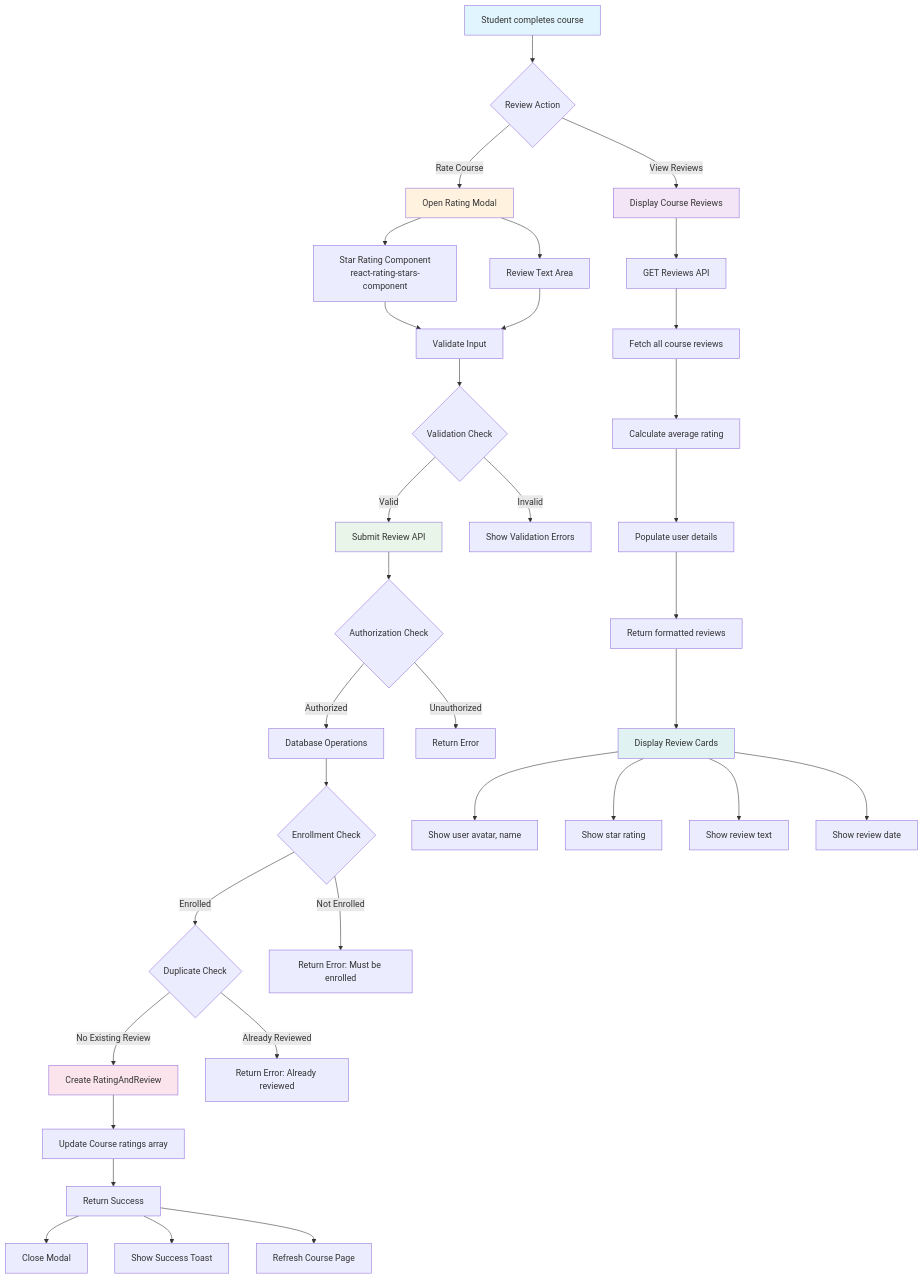
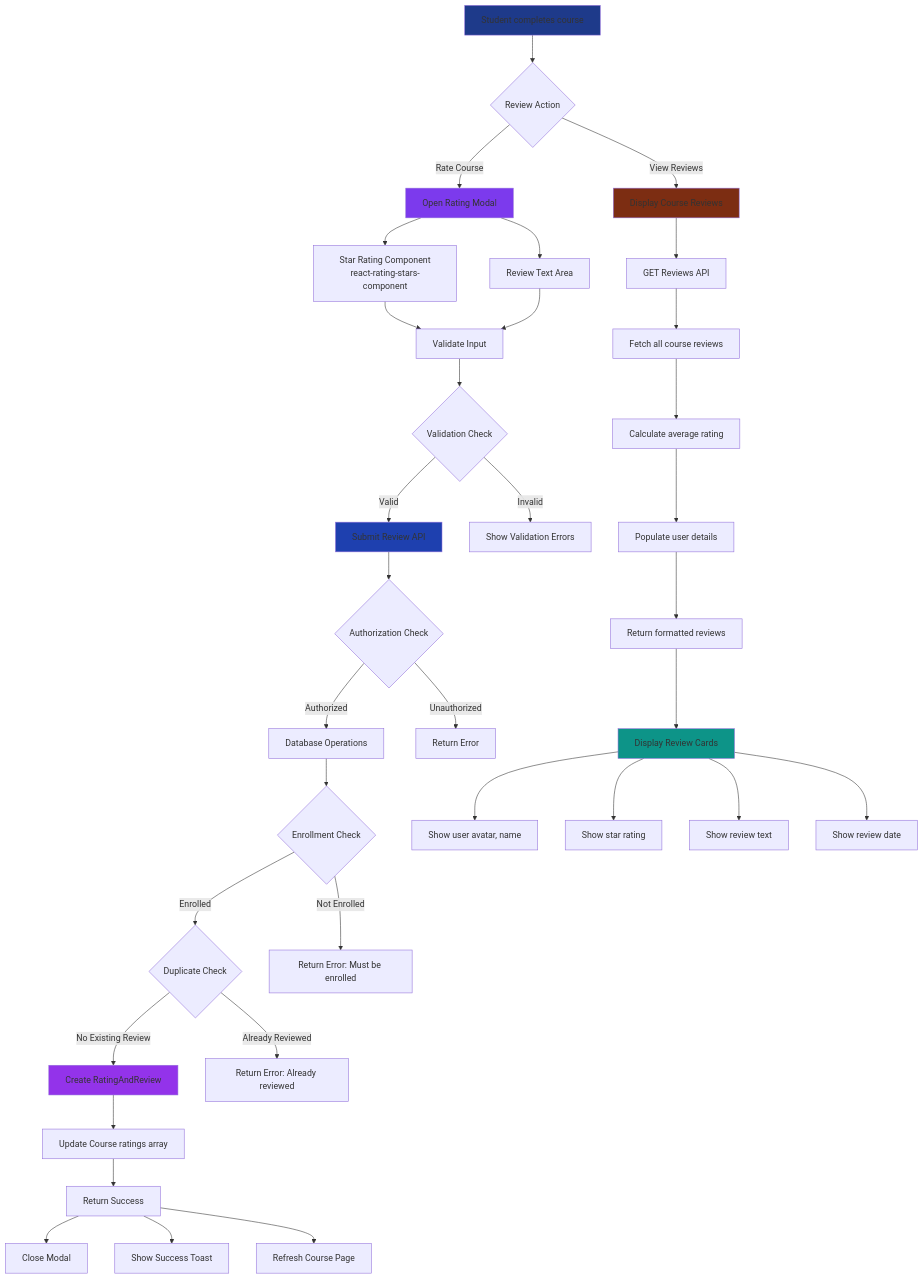
Before and after one commit to vedantsrivastavaCN/SkillVerse: diagram 14 of 15 in FLOW diagrams.md, drawn with Mermaid. The commit also changed other lines of this file, not shown here.

Commit message:
flow diagrams color scheme changed

````diff
--- a/FLOW diagrams.md
+++ b/FLOW diagrams.md
@@ -930,54 +930,54 @@
 ```mermaid
 flowchart TD
     A[Student completes course] --> B{Review Action}
     
     B -->|Rate Course| C[Open Rating Modal]
     B -->|View Reviews| D[Display Course Reviews]
     
     C --> E[Star Rating Component<br/>react-rating-stars-component]
     C --> F[Review Text Area]
     
     E --> G[Validate Input]
     F --> G
     
     G --> H{Validation Check}
     H -->|Valid| I[Submit Review API]
     H -->|Invalid| J[Show Validation Errors]
     
     I --> K{Authorization Check}
     K -->|Authorized| L[Database Operations]
     K -->|Unauthorized| M[Return Error]
     
     L --> N{Enrollment Check}
     N -->|Enrolled| O{Duplicate Check}
     N -->|Not Enrolled| P[Return Error: Must be enrolled]
     
     O -->|No Existing Review| Q[Create RatingAndReview]
     O -->|Already Reviewed| R[Return Error: Already reviewed]
     
     Q --> S[Update Course ratings array]
     S --> T[Return Success]
     
     D --> U[GET Reviews API]
     U --> V[Fetch all course reviews]
     V --> W[Calculate average rating]
     W --> X[Populate user details]
     X --> Y[Return formatted reviews]
     
     Y --> Z[Display Review Cards]
     Z --> AA[Show user avatar, name]
     Z --> BB[Show star rating]
     Z --> CC[Show review text]
     Z --> DD[Show review date]
     
     T --> EE[Close Modal]
     T --> FF[Show Success Toast]
     T --> GG[Refresh Course Page]
     
-    style A fill:#e1f5fe
-    style C fill:#fff3e0
-    style I fill:#e8f5e8
-    style Q fill:#fce4ec
-    style D fill:#f3e5f5
-    style Z fill:#e0f2f1
+    style A fill:#1e3a8a
+    style C fill:#7c3aed
+    style I fill:#1e40af
+    style Q fill:#9333ea
+    style D fill:#7c2d12
+    style Z fill:#0d9488
 ```
````
